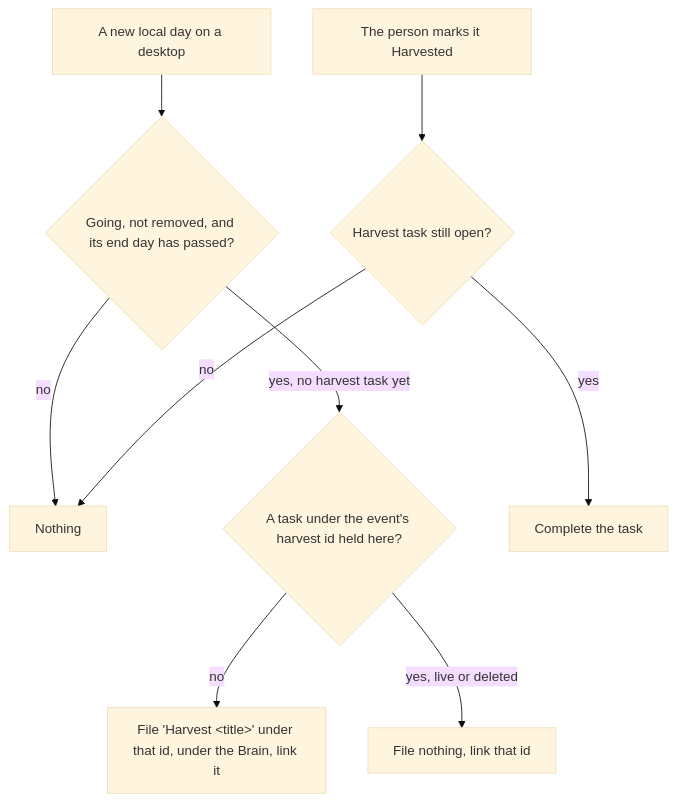
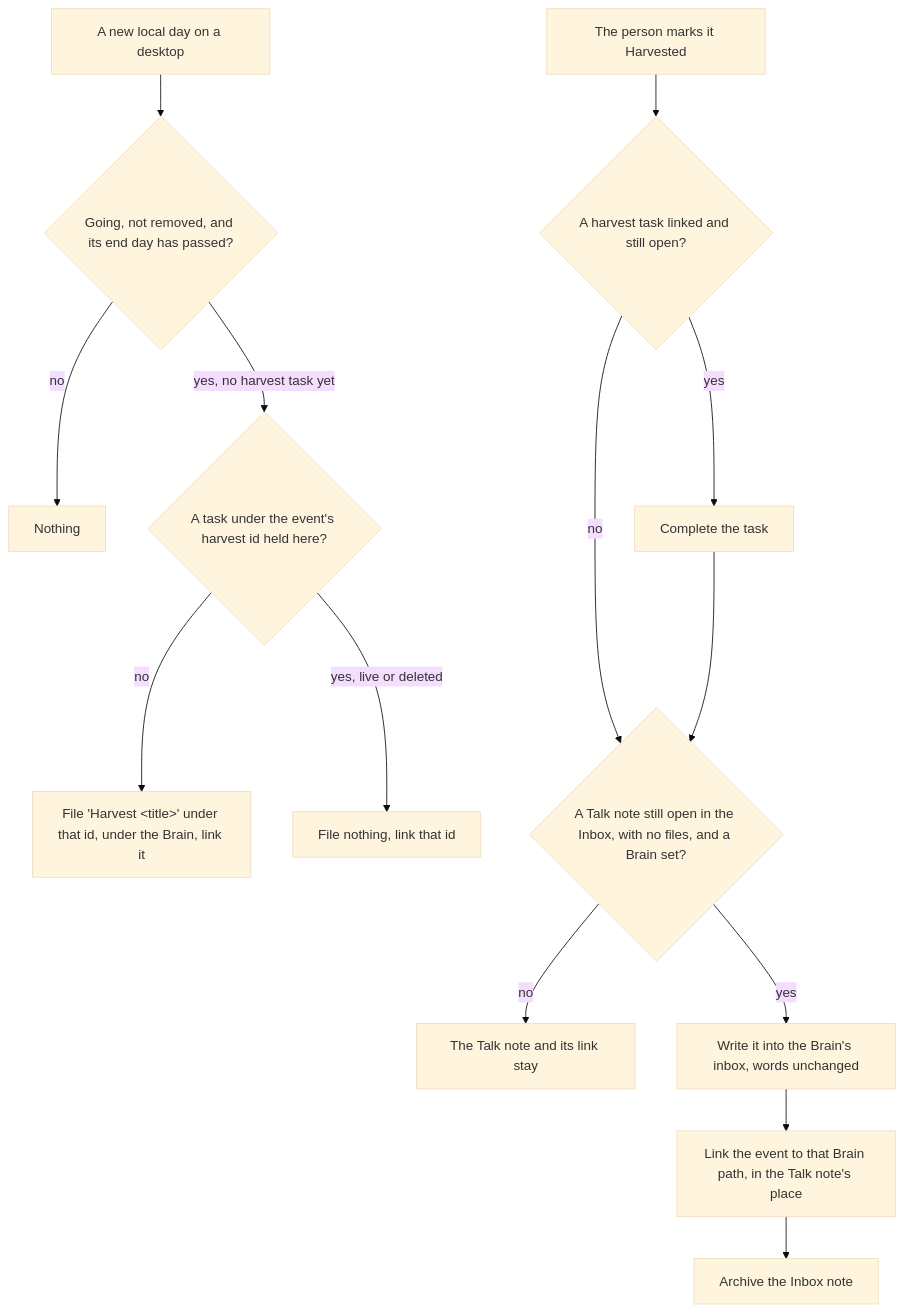
One commit to JSdotNet/Backlog changed the second of 2 diagrams in .devbook/domain/events/domain.md. Above: the diagram before and after it, drawn with Mermaid (base theme). The commit also changed other lines of this file and 21 other files, not shown here.

First line of the commit message:
feat(events): file Talk notes into the Brain when an event is harvested

````diff
--- a/.devbook/domain/events/domain.md
+++ b/.devbook/domain/events/domain.md
@@ -327,11 +329,16 @@
 ```mermaid
 flowchart TD
     Day["A new local day on a desktop"] --> Due{"Going, not removed, and its end day has passed?"}
     Due -->|no| Nothing["Nothing"]
     Due -->|yes, no harvest task yet| Held{"A task under the event's harvest id held here?"}
     Held -->|no| File["File 'Harvest &lt;title&gt;' under that id, under the Brain, link it"]
     Held -->|"yes, live or deleted"| Link["File nothing, link that id"]
-    Mark["The person marks it Harvested"] --> Open{"Harvest task still open?"}
+    Mark["The person marks it Harvested"] --> Open{"A harvest task linked and still open?"}
     Open -->|yes| Complete["Complete the task"]
-    Open -->|no| Nothing
+    Open -->|no| Talks
+    Complete --> Talks{"A Talk note still open in the Inbox, with no files, and a Brain set?"}
+    Talks -->|no| Stay["The Talk note and its link stay"]
+    Talks -->|yes| Write["Write it into the Brain's inbox, words unchanged"]
+    Write --> Relink["Link the event to that Brain path, in the Talk note's place"]
+    Relink --> Archive["Archive the Inbox note"]
 ```
````
